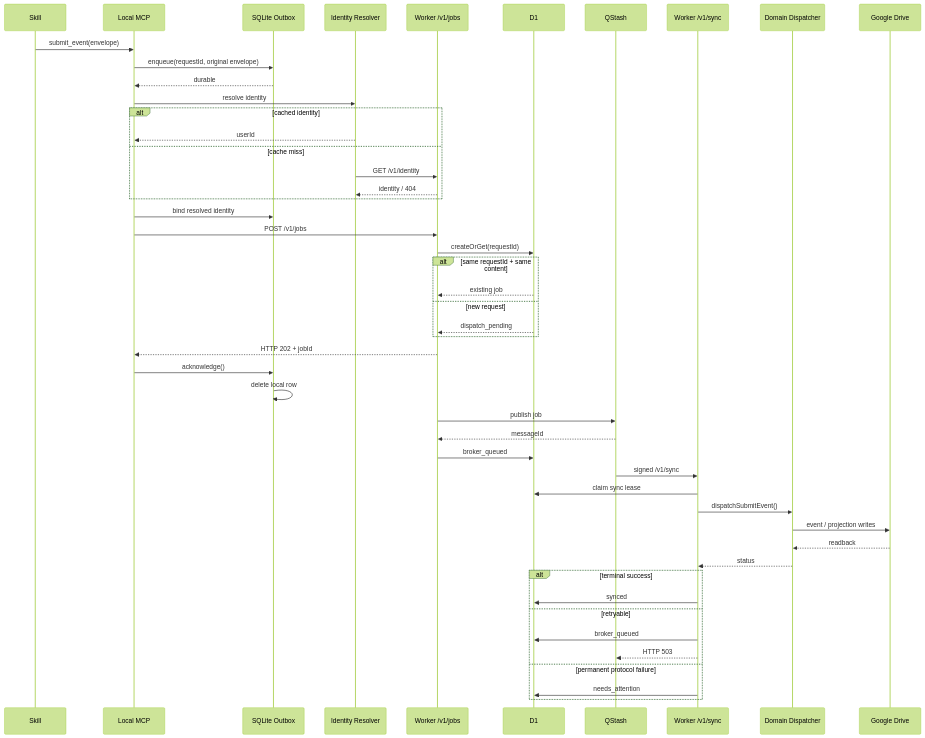
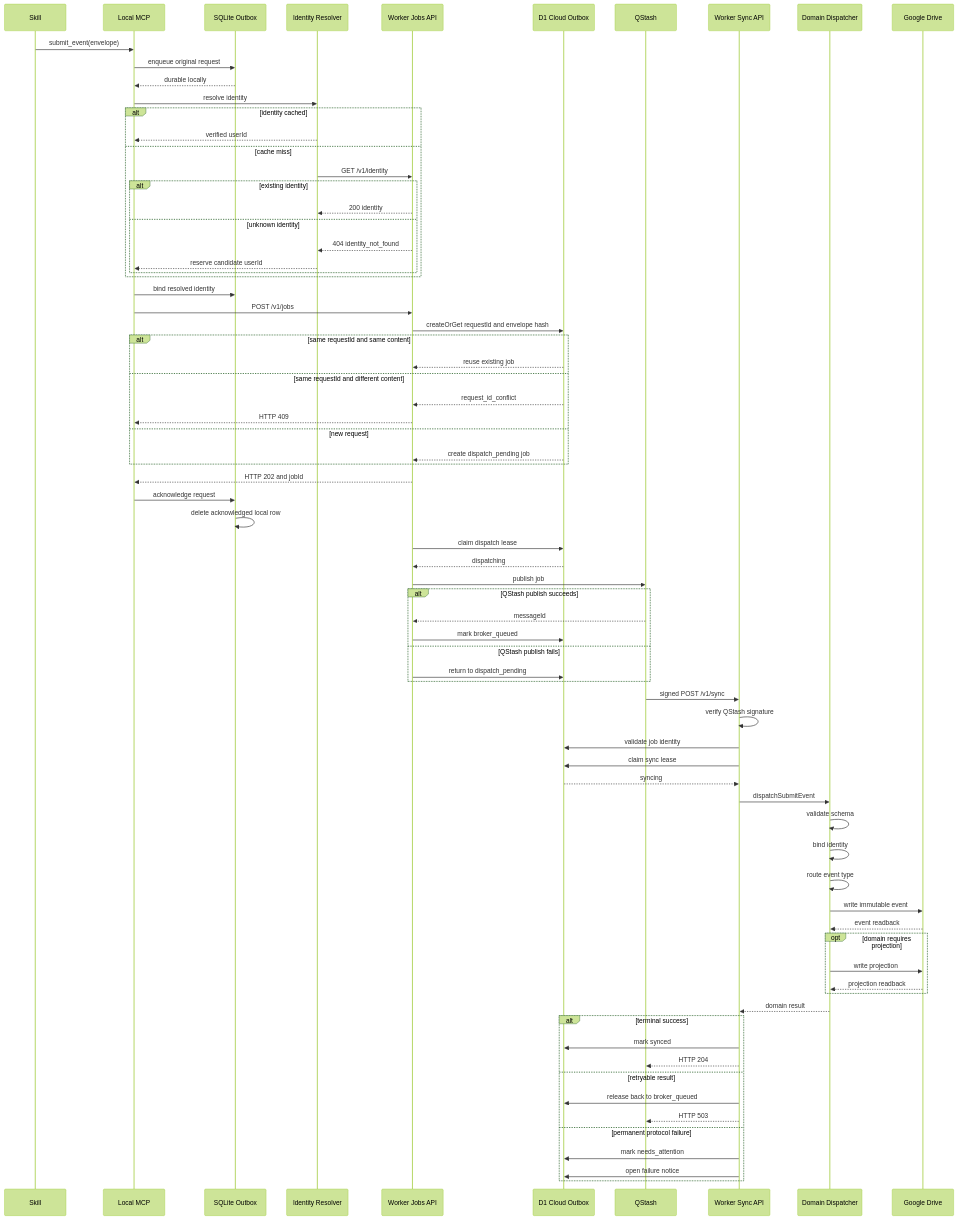
One commit to gitgotcha/my-chatgpt-mcp changed the fourth of 32 diagrams in README.md. Above: the diagram before and after it, drawn with Mermaid (forest theme). The commit also changed other lines of this file, not shown here.

````diff
--- a/README.md
+++ b/README.md
@@ -435,71 +527,97 @@
 ```mermaid
 sequenceDiagram
-
     participant S as Skill
     participant M as Local MCP
     participant L as SQLite Outbox
     participant I as Identity Resolver
-    participant W as Worker /v1/jobs
-    participant D as D1
+    participant W as Worker Jobs API
+    participant D as D1 Cloud Outbox
     participant Q as QStash
-    participant Y as Worker /v1/sync
+    participant Y as Worker Sync API
     participant R as Domain Dispatcher
     participant G as Google Drive
 
     S->>M: submit_event(envelope)
 
-    M->>L: enqueue(requestId, original envelope)
-    L-->>M: durable
+    M->>L: enqueue original request
+    L-->>M: durable locally
 
     M->>I: resolve identity
 
-    alt cached identity
-        I-->>M: userId
+    alt identity cached
+        I-->>M: verified userId
     else cache miss
         I->>W: GET /v1/identity
-        W-->>I: identity / 404
+        alt existing identity
+            W-->>I: 200 identity
+        else unknown identity
+            W-->>I: 404 identity_not_found
+            I-->>M: reserve candidate userId
+        end
     end
 
     M->>L: bind resolved identity
 
     M->>W: POST /v1/jobs
+    W->>D: createOrGet requestId and envelope hash
 
-    W->>D: createOrGet(requestId)
-
-    alt same requestId + same content
-        D-->>W: existing job
+    alt same requestId and same content
+        D-->>W: reuse existing job
+    else same requestId and different content
+        D-->>W: request_id_conflict
+        W-->>M: HTTP 409
     else new request
-        D-->>W: dispatch_pending
+        D-->>W: create dispatch_pending job
     end
 
-    W-->>M: HTTP 202 + jobId
+    W-->>M: HTTP 202 and jobId
 
-    M->>L: acknowledge()
-    L->>L: delete local row
+    M->>L: acknowledge request
+    L->>L: delete acknowledged local row
+
+    W->>D: claim dispatch lease
+    D-->>W: dispatching
 
     W->>Q: publish job
 
-    Q-->>W: messageId
+    alt QStash publish succeeds
+        Q-->>W: messageId
+        W->>D: mark broker_queued
+    else QStash publish fails
+        W->>D: return to dispatch_pending
+    end
 
-    W->>D: broker_queued
+    Q->>Y: signed POST /v1/sync
 
-    Q->>Y: signed /v1/sync
+    Y->>Y: verify QStash signature
+    Y->>D: validate job identity
+    Y->>D: claim sync lease
+    D-->>Y: syncing
 
-    Y->>D: claim sync lease
+    Y->>R: dispatchSubmitEvent
 
-    Y->>R: dispatchSubmitEvent()
+    R->>R: validate schema
+    R->>R: bind identity
+    R->>R: route event type
 
-    R->>G: event / projection writes
-    G-->>R: readback
+    R->>G: write immutable event
+    G-->>R: event readback
 
-    R-->>Y: status
+    opt domain requires projection
+        R->>G: write projection
+        G-->>R: projection readback
+    end
+
+    R-->>Y: domain result
 
     alt terminal success
-        Y->>D: synced
-    else retryable
-        Y->>D: broker_queued
+        Y->>D: mark synced
+        Y-->>Q: HTTP 204
+    else retryable result
+        Y->>D: release back to broker_queued
         Y-->>Q: HTTP 503
     else permanent protocol failure
-        Y->>D: needs_attention
+        Y->>D: mark needs_attention
+        Y->>D: open failure notice
     end
 ```
````
